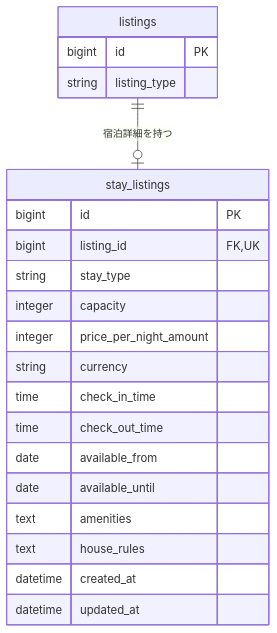
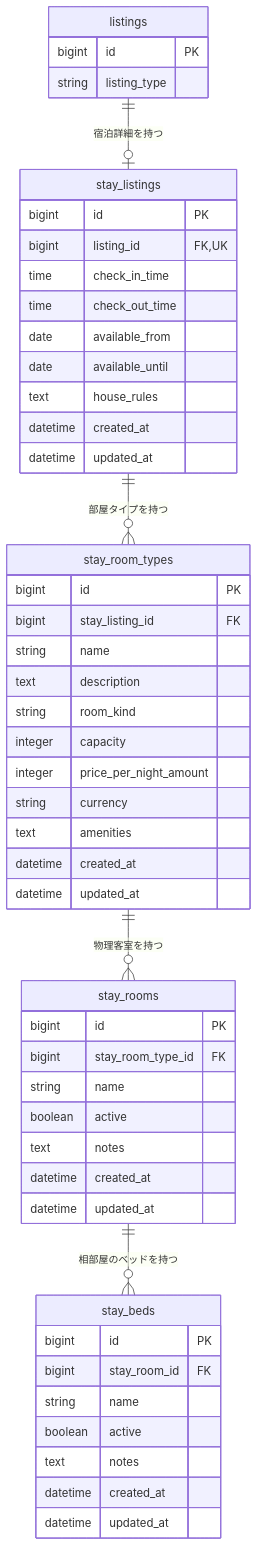
The fifth of 8 diagrams in docs/er/01-listing.md (t0kio2/community-hub), drawn with Mermaid before and after one commit. The commit also changed other lines of this file and 1 other file, not shown here.

Commit message:
RoomTypeと物理Room

````diff
--- a/docs/er/01-listing.md
+++ b/docs/er/01-listing.md
@@ -180,26 +183,58 @@
 ```mermaid
 erDiagram
     listings {
         bigint id PK
         string listing_type
     }
 
     stay_listings {
         bigint id PK
         bigint listing_id FK, UK
-        string stay_type
-        integer capacity
-        integer price_per_night_amount
-        string currency
         time check_in_time
         time check_out_time
         date available_from
         date available_until
-        text amenities
         text house_rules
         datetime created_at
         datetime updated_at
     }
 
+    stay_room_types {
+        bigint id PK
+        bigint stay_listing_id FK
+        string name
+        text description
+        string room_kind
+        integer capacity
+        integer price_per_night_amount
+        string currency
+        text amenities
+        datetime created_at
+        datetime updated_at
+    }
+
+    stay_rooms {
+        bigint id PK
+        bigint stay_room_type_id FK
+        string name
+        boolean active
+        text notes
+        datetime created_at
+        datetime updated_at
+    }
+
+    stay_beds {
+        bigint id PK
+        bigint stay_room_id FK
+        string name
+        boolean active
+        text notes
+        datetime created_at
+        datetime updated_at
+    }
+
     listings ||--o| stay_listings : "宿泊詳細を持つ"
+    stay_listings ||--o{ stay_room_types : "部屋タイプを持つ"
+    stay_room_types ||--o{ stay_rooms : "物理客室を持つ"
+    stay_rooms ||--o{ stay_beds : "相部屋のベッドを持つ"
 ```
````
